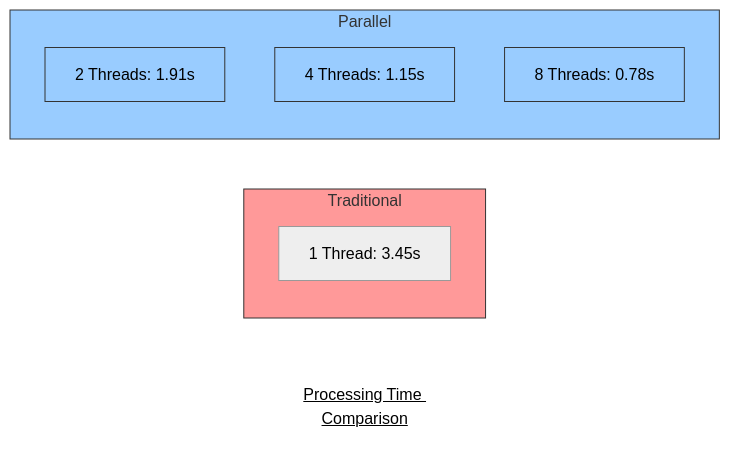
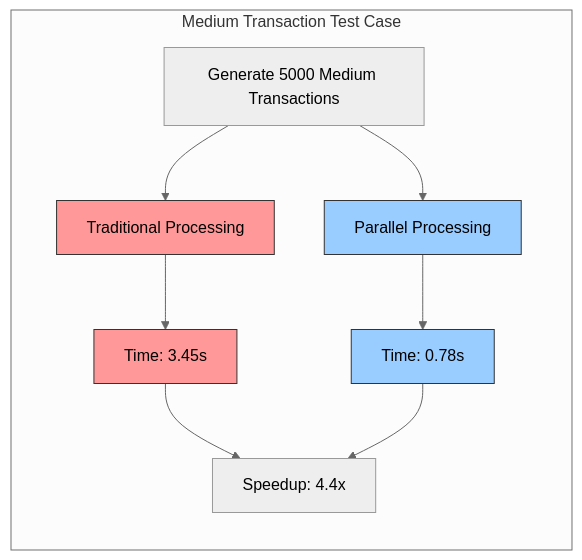
One commit to Final-Project-13520137/avalanche-parallel changed the sixth of 10 diagrams in README.md. Above: the diagram before and after it, drawn with Mermaid (neutral theme). The commit also changed other lines of this file, not shown here.

Commit message:
fix diagram for test case transaction into readme

````diff
--- a/README.md
+++ b/README.md
@@ -519,21 +581,19 @@
 ```mermaid
-graph LR
-    title[<u>Processing Time Comparison</u>]
-    style title fill:none,stroke:none
-    
-    subgraph Traditional
-    T1[1 Thread: 3.45s]
-    end
-    
-    subgraph Parallel
-    P2[2 Threads: 1.91s]
-    P4[4 Threads: 1.15s]
-    P8[8 Threads: 0.78s]
+flowchart LR
+    subgraph MediumTX[Medium Transaction Test Case]
+        direction TB
+        MTX_Gen[Generate 5000 Medium Transactions] --> MTX_T[Traditional Processing]
+        MTX_Gen --> MTX_P[Parallel Processing]
+        
+        MTX_T --> MTX_TR[Time: 3.45s]
+        MTX_P --> MTX_PR[Time: 0.78s]
+        
+        MTX_TR & MTX_PR --> MTX_Comp[Speedup: 4.4x]
     end
     
     classDef traditional fill:#FF9999,stroke:#333,stroke-width:1px
     classDef parallel fill:#99CCFF,stroke:#333,stroke-width:1px
     
-    class Traditional traditional
-    class Parallel,P2,P4,P8 parallel
+    class MTX_T,MTX_TR traditional
+    class MTX_P,MTX_PR parallel
 ```
````
